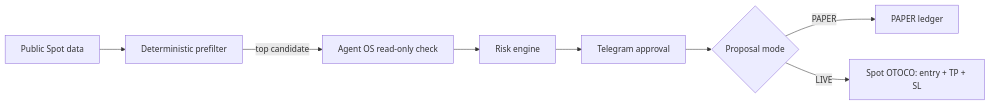
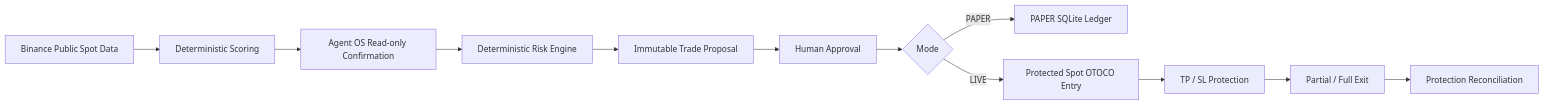
One commit to bobbymarc00/riskpilot changed the diagram in README.md. Above: the diagram before and after it, drawn with Mermaid. The commit also changed other lines of this file and 5 other files, not shown here.

Commit message:
docs: finalize RiskPilot hackathon submission and live demo

````diff
--- a/README.md
+++ b/README.md
@@ -103,10 +126,14 @@
 ```mermaid
 flowchart LR
-  A[Public Spot data] --> B[Deterministic prefilter]
-  B -->|top candidate| C[Agent OS read-only check]
-  C --> D[Risk engine]
-  D --> E[Telegram approval]
-  E --> F{Proposal mode}
-  F -->|PAPER| G[PAPER ledger]
-  F -->|LIVE| H[Spot OTOCO: entry + TP + SL]
+    A[Binance Public Spot Data] --> B[Deterministic Scoring]
+    B --> C[Agent OS Read-only Confirmation]
+    C --> D[Deterministic Risk Engine]
+    D --> E[Immutable Trade Proposal]
+    E --> F[Human Approval]
+    F --> G{Mode}
+    G -->|PAPER| H[PAPER SQLite Ledger]
+    G -->|LIVE| I[Protected Spot OTOCO Entry]
+    I --> J[TP / SL Protection]
+    J --> K[Partial / Full Exit]
+    K --> L[Protection Reconciliation]
 ```
````
